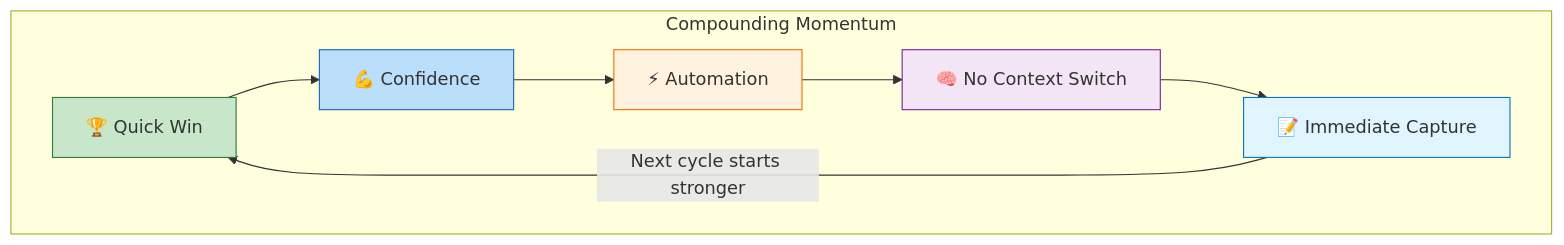
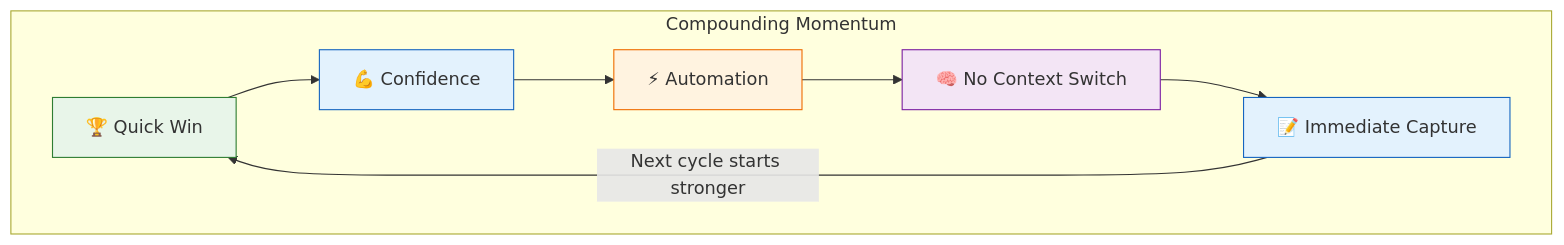
Before and after one commit to fabioc-aloha/Alex_Plug_In: the sixth of 17 diagrams in alex_docs/AI-ASSISTED-DEVELOPMENT-METHODOLOGY.md, drawn with Mermaid. The commit also changed other lines of this file, not shown here.

First line of the commit message:
style: polish Mermaid diagrams with GitHub-compatible color scheme

````diff
--- a/alex_docs/AI-ASSISTED-DEVELOPMENT-METHODOLOGY.md
+++ b/alex_docs/AI-ASSISTED-DEVELOPMENT-METHODOLOGY.md
@@ -359,14 +360,14 @@
 ```mermaid
 flowchart LR
     subgraph Cycle["Compounding Momentum"]
         direction LR
         W["🏆 Quick Win"] --> C["💪 Confidence"] --> A["⚡ Automation"] --> N["🧠 No Context Switch"] --> I["📝 Immediate Capture"]
         I -->|"Next cycle starts stronger"| W
     end
 
-    style W fill:#c8e6c9,stroke:#2e7d32
-    style C fill:#bbdefb,stroke:#1565c0
+    style W fill:#e8f5e9,stroke:#2e7d32
+    style C fill:#e3f2fd,stroke:#1565c0
     style A fill:#fff3e0,stroke:#ef6c00
     style N fill:#f3e5f5,stroke:#7b1fa2
-    style I fill:#e1f5fe,stroke:#0277bd
+    style I fill:#e3f2fd,stroke:#1565c0
 ```
````
